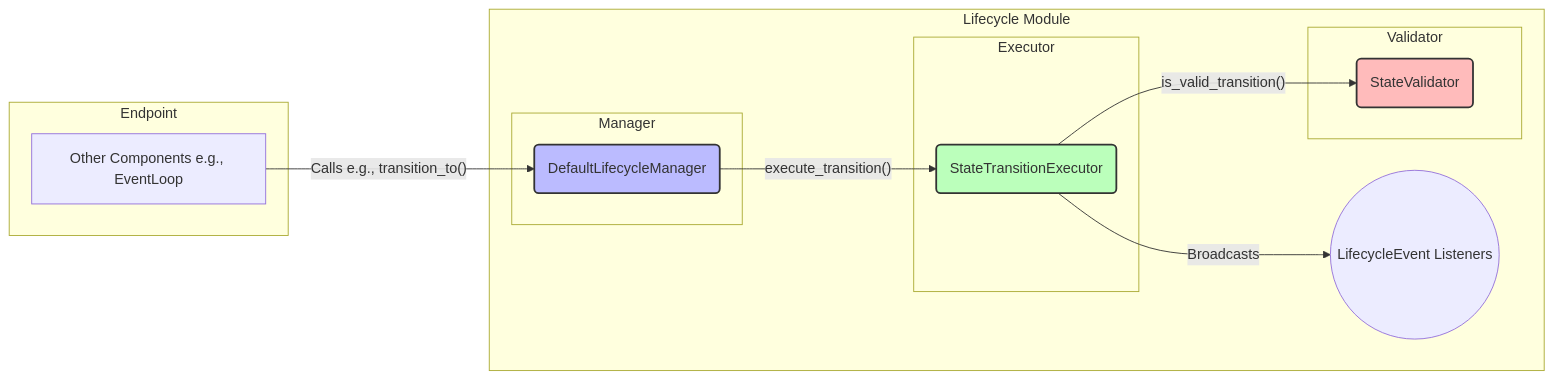
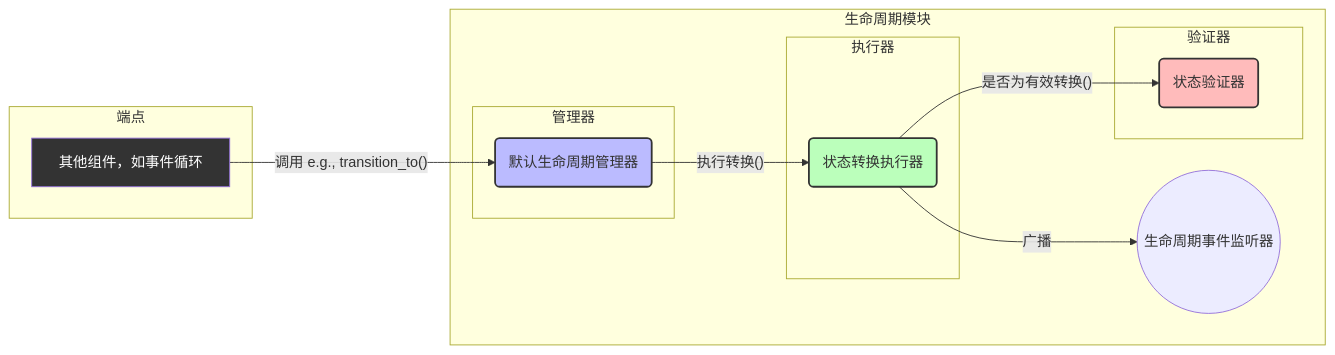
Before and after one commit to ShaoG-R/kestrel-protocol: the diagram in docs/src/dev-docs/components/endpoint/lifecycle.md, drawn with Mermaid. The commit also changed 5 other files, not shown here.

````diff
--- a/docs/src/dev-docs/components/endpoint/lifecycle.md
+++ b/docs/src/dev-docs/components/endpoint/lifecycle.md
@@ -41,28 +41,29 @@
 ```mermaid
 graph LR
-    subgraph Endpoint
-        A[Other Components e.g., EventLoop]
+    subgraph 端点
+        A[其他组件，如事件循环]
     end
 
-    subgraph "Lifecycle Module"
-        subgraph "Manager"
-            B(DefaultLifecycleManager)
+    subgraph "生命周期模块"
+        subgraph "管理器"
+            B(默认生命周期管理器)
         end
-        subgraph "Executor"
-            C(StateTransitionExecutor)
+        subgraph "执行器"
+            C(状态转换执行器)
         end
-        subgraph "Validator"
-            D(StateValidator)
+        subgraph "验证器"
+            D(状态验证器)
         end
         
-        B -- "execute_transition()" --> C
-        C -- "is_valid_transition()" --> D
-        C -- "Broadcasts" --> E((LifecycleEvent Listeners))
+        B -- "执行转换()" --> C
+        C -- "是否为有效转换()" --> D
+        C -- "广播" --> E((生命周期事件监听器))
     end
     
-    A -- "Calls e.g., transition_to()" --> B
+    A -- "调用 e.g., transition_to()" --> B
 
+    style A fill:#333,color:#fff
     style B fill:#bbf,stroke:#333,stroke-width:2px
     style C fill:#bfb,stroke:#333,stroke-width:2px
     style D fill:#fbb,stroke:#333,stroke-width:2px
 ```
````
